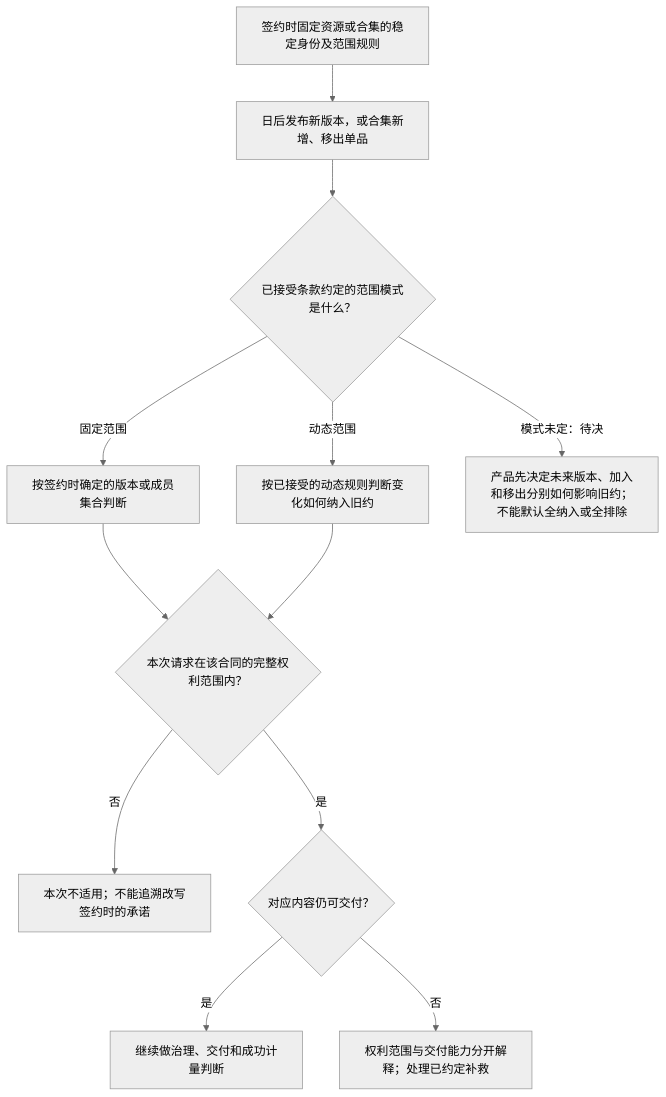
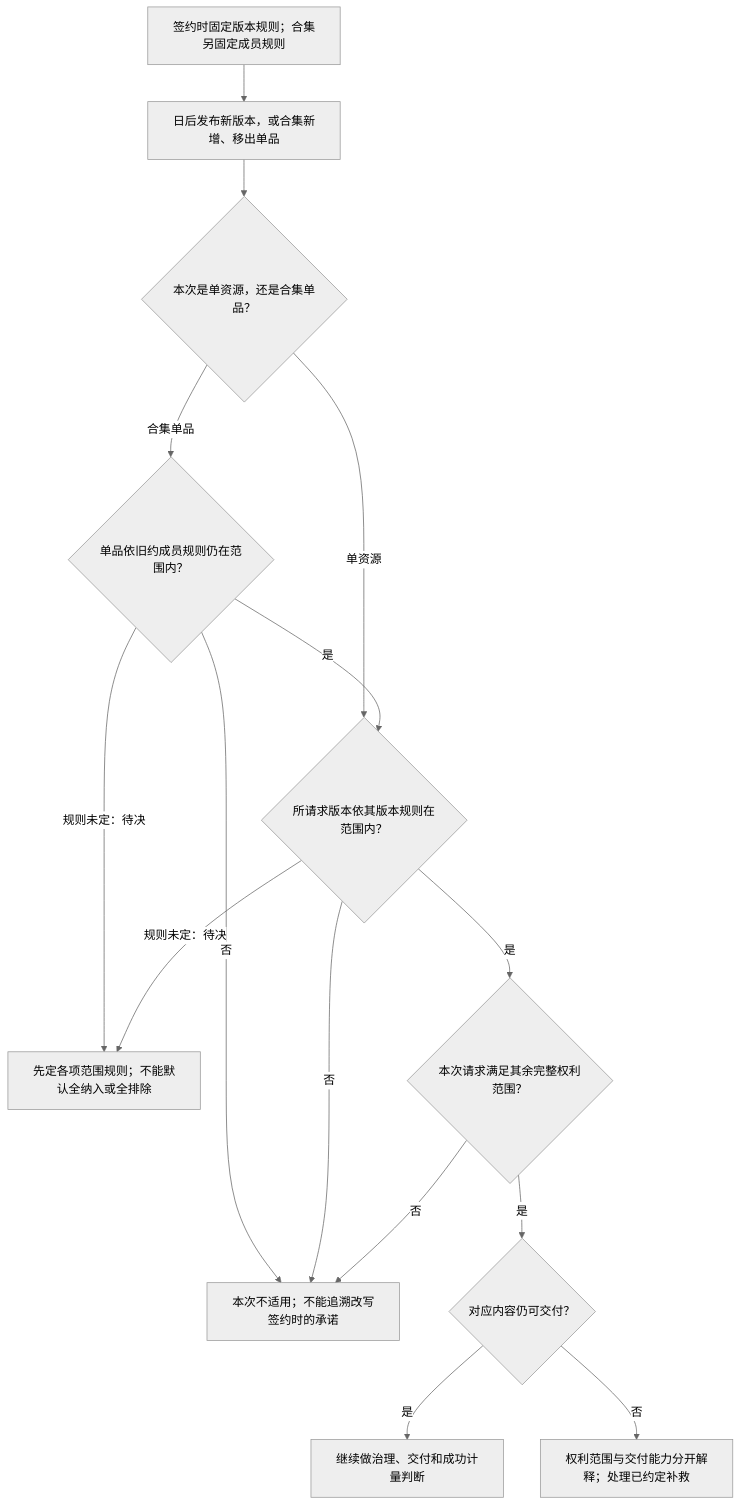
One commit to freelogfe/freelog-runtime-cli changed the tenth of 14 diagrams in docs/授权产品模型与策略合约设计/17-从核心到复杂的授权流程图解.md. Above: the diagram before and after it, drawn with Mermaid (neutral theme). The commit also changed other lines of this file and 11 other files, not shown here.

````diff
--- a/docs/授权产品模型与策略合约设计/17-从核心到复杂的授权流程图解.md
+++ b/docs/授权产品模型与策略合约设计/17-从核心到复杂的授权流程图解.md
@@ -153,14 +170,17 @@
 ```mermaid
 flowchart TD
-    A["签约时固定资源或合集的稳定身份及范围规则"] --> B["日后发布新版本，或合集新增、移出单品"]
-    B --> C{已接受条款约定的范围模式是什么？}
-    C -->|固定范围| D["按签约时确定的版本或成员集合判断"]
-    C -->|动态范围| E["按已接受的动态规则判断变化如何纳入旧约"]
-    C -->|模式未定：待决| X["产品先决定未来版本、加入和移出分别如何影响旧约；不能默认全纳入或全排除"]
-    D --> F{本次请求在该合同的完整权利范围内？}
-    E --> F
-    F -->|否| N["本次不适用；不能追溯改写签约时的承诺"]
+    A["签约时固定版本规则；合集另固定成员规则"] --> B["日后发布新版本，或合集新增、移出单品"]
+    B --> S{本次是单资源，还是合集单品？}
+    S -->|单资源| V{所请求版本依其版本规则在范围内？}
+    S -->|合集单品| C{单品依旧约成员规则仍在范围内？}
+    C -->|否| N["本次不适用；不能追溯改写签约时的承诺"]
+    C -->|是| V
+    C -->|规则未定：待决| X["先定各项范围规则；不能默认全纳入或全排除"]
+    V -->|规则未定：待决| X
+    V -->|否| N
+    V -->|是| F{本次请求满足其余完整权利范围？}
+    F -->|否| N
     F -->|是| G{对应内容仍可交付？}
     G -->|是| H["继续做治理、交付和成功计量判断"]
     G -->|否| R["权利范围与交付能力分开解释；处理已约定补救"]
 ```
````
